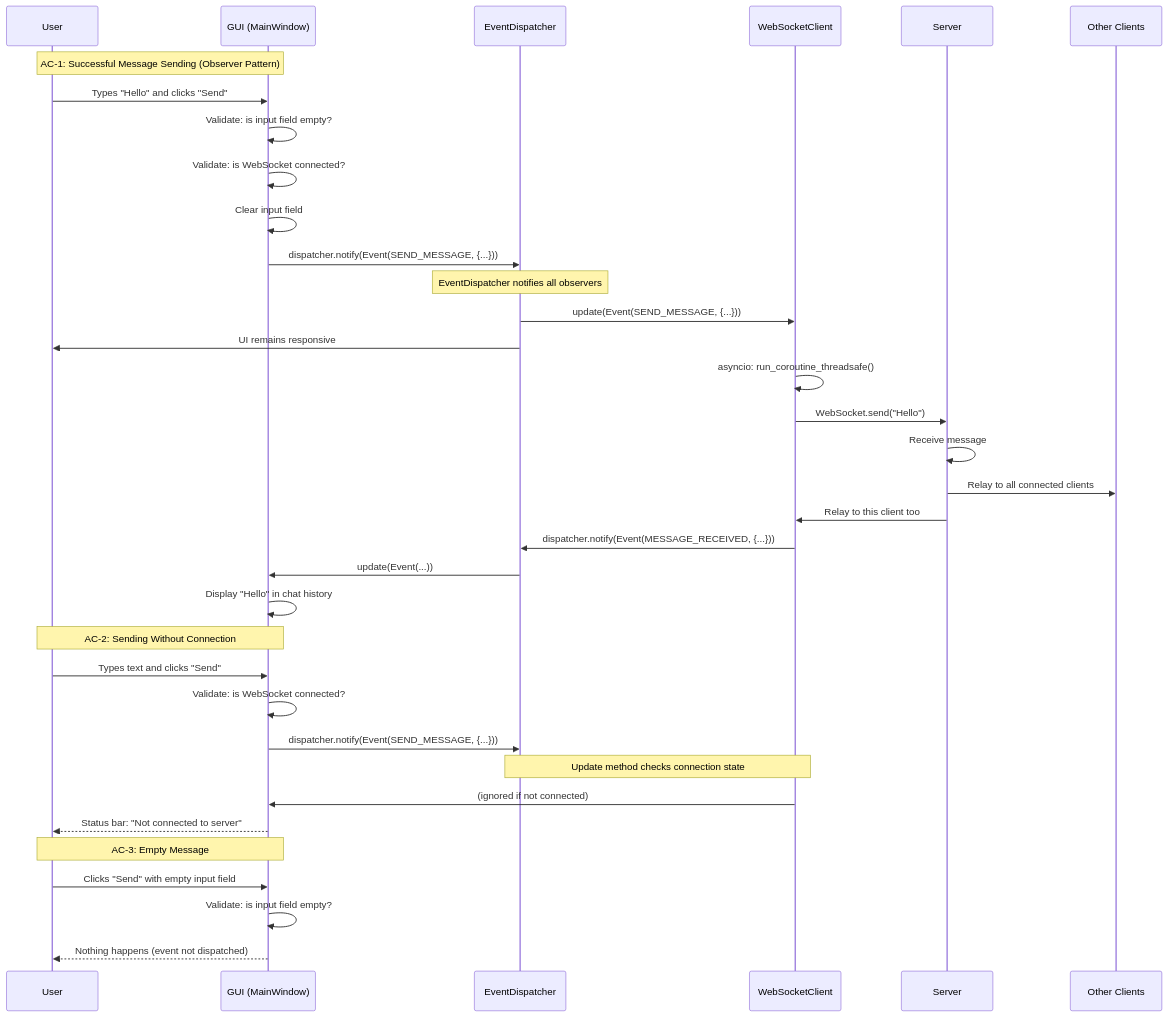
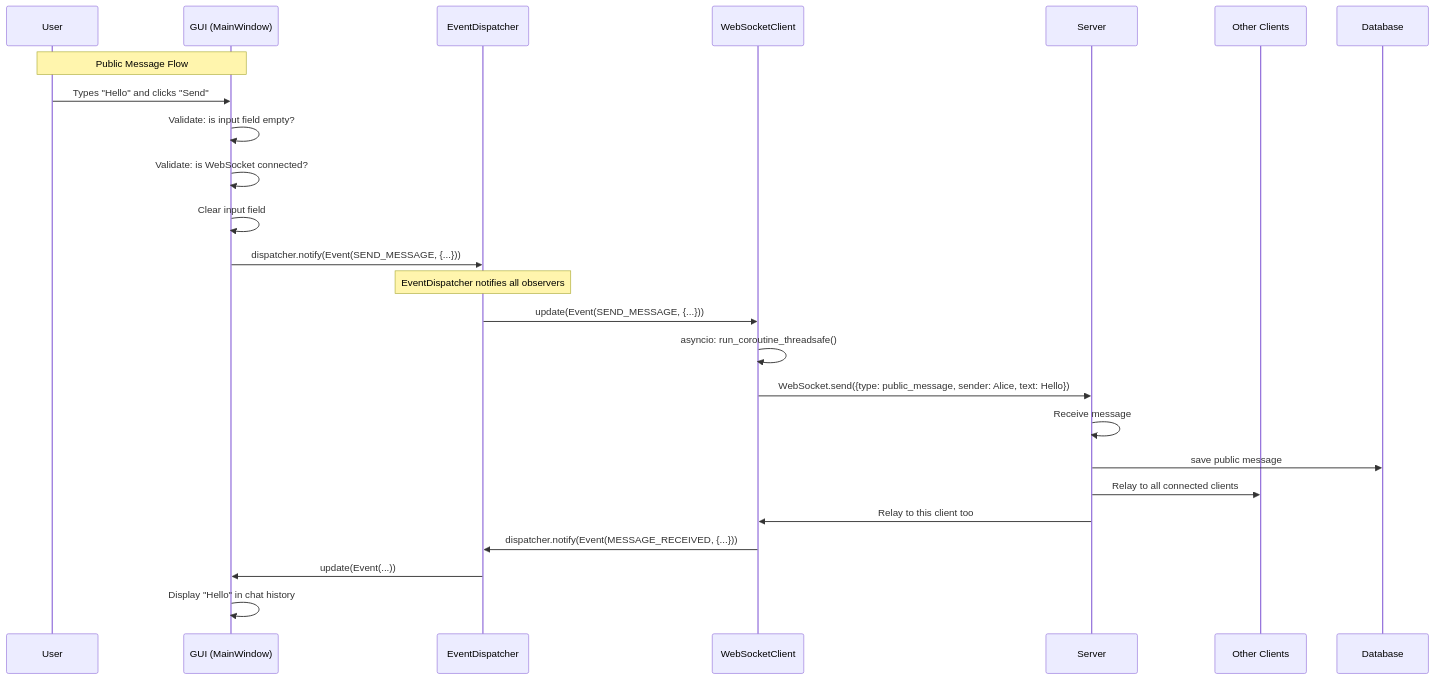
The second of 4 diagrams in docs/architecture/flow_[Mermaid].md (4iger3/P2P-Mesenger), drawn with Mermaid before and after one commit. The commit also changed other lines of this file and 36 other files, not shown here.

````diff
--- a/docs/architecture/flow_[Mermaid].md
+++ b/docs/architecture/flow_[Mermaid].md
@@ -32,44 +37,31 @@
 ```mermaid
 sequenceDiagram
     participant User as User
     participant GUI as GUI (MainWindow)
     participant Disp as EventDispatcher
     participant Net as WebSocketClient
     participant Server as Server
     participant Others as Other Clients
 
-    Note over User,GUI: AC-1: Successful Message Sending (Observer Pattern)
+    Note over User,GUI: Public Message Flow
     User->>GUI: Types "Hello" and clicks "Send"
     GUI->>GUI: Validate: is input field empty?
     GUI->>GUI: Validate: is WebSocket connected?
     GUI->>GUI: Clear input field
     
     GUI->>Disp: dispatcher.notify(Event(SEND_MESSAGE, {...}))
     
     Note over Disp: EventDispatcher notifies all observers
     Disp->>Net: update(Event(SEND_MESSAGE, {...}))
-    Disp->>User: UI remains responsive
     
     Net->>Net: asyncio: run_coroutine_threadsafe()
-    Net->>Server: WebSocket.send("Hello")
+    Net->>Server: WebSocket.send({type: public_message, sender: Alice, text: Hello})
     Server->>Server: Receive message
+    Server->>Database: save public message
     Server->>Others: Relay to all connected clients
     Server->>Net: Relay to this client too
     
     Net->>Disp: dispatcher.notify(Event(MESSAGE_RECEIVED, {...}))
     Disp->>GUI: update(Event(...))
     GUI->>GUI: Display "Hello" in chat history
-
-    Note over User,GUI: AC-2: Sending Without Connection
-    User->>GUI: Types text and clicks "Send"
-    GUI->>GUI: Validate: is WebSocket connected?
-    GUI->>Disp: dispatcher.notify(Event(SEND_MESSAGE, {...}))
-    Note over Net,Disp: Update method checks connection state
-    Net->>GUI: (ignored if not connected)
-    GUI-->>User: Status bar: "Not connected to server"
-
-    Note over User,GUI: AC-3: Empty Message
-    User->>GUI: Clicks "Send" with empty input field
-    GUI->>GUI: Validate: is input field empty?
-    GUI-->>User: Nothing happens (event not dispatched)
 ```
````
